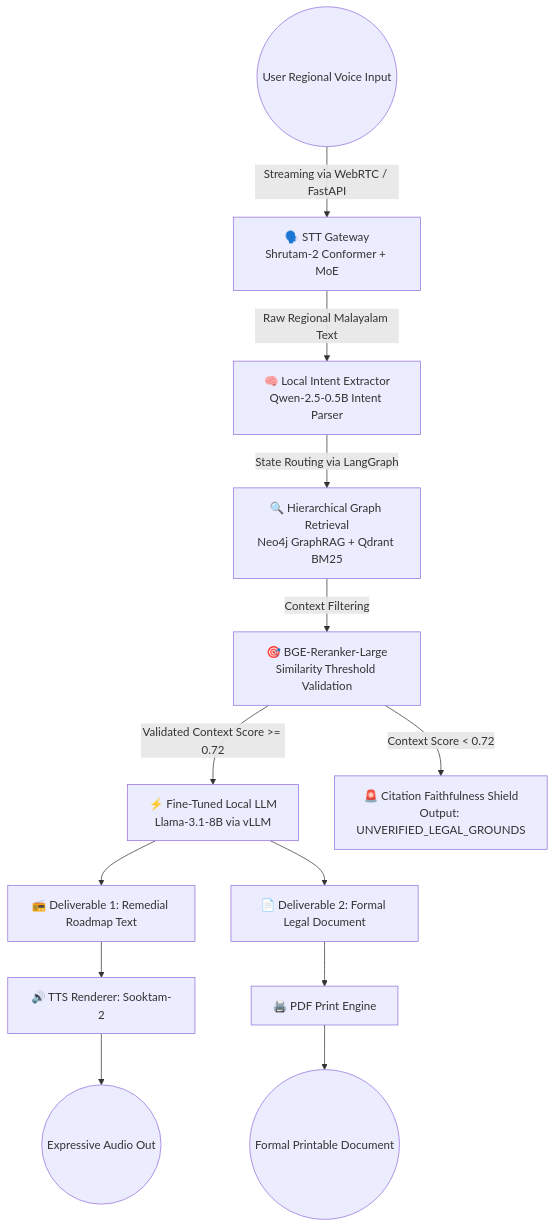
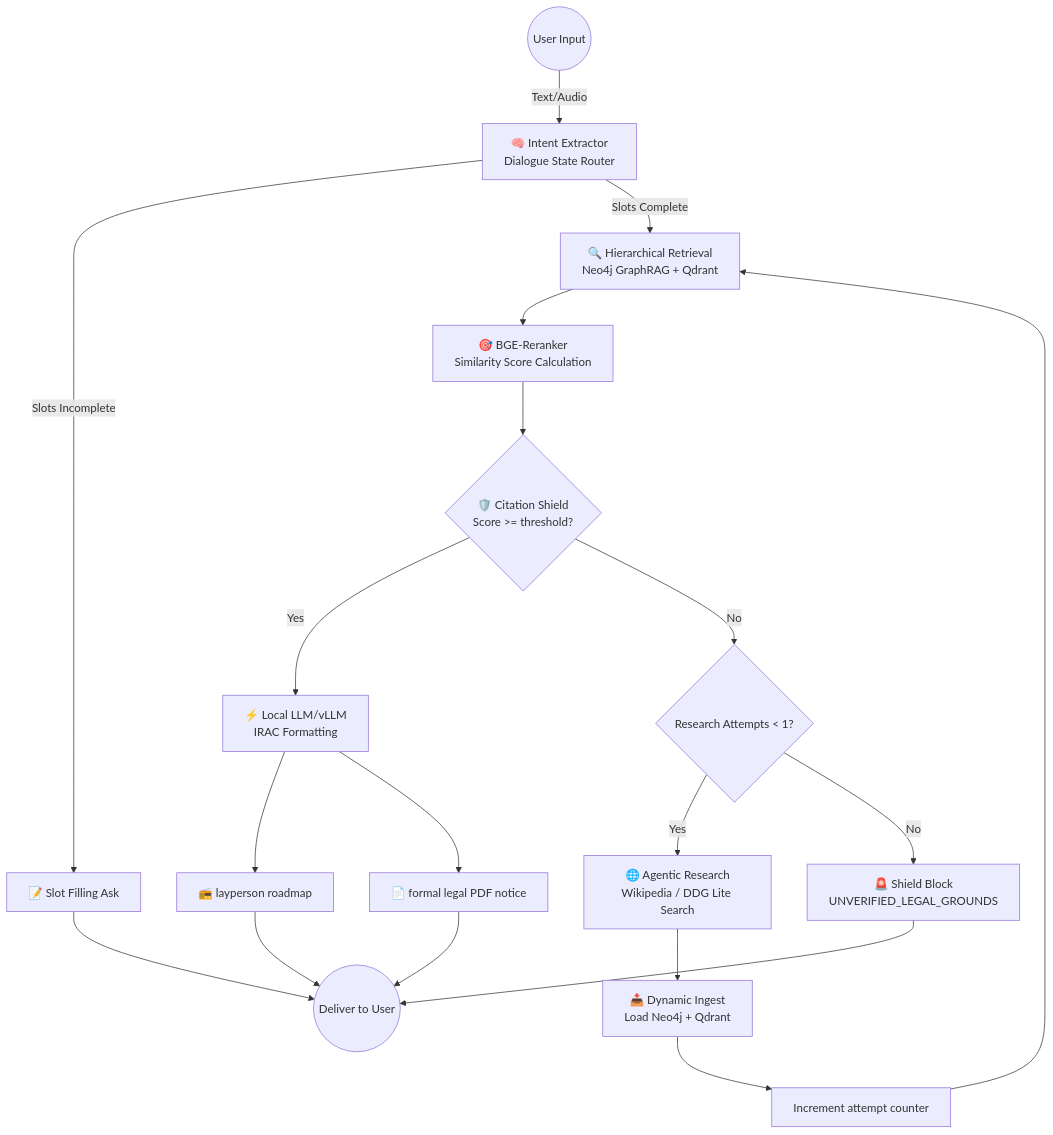
Before and after one commit to vishnup102002/LegalMind: the first of 2 diagrams in README.md, drawn with Mermaid. The commit also changed other lines of this file and 21 other files, not shown here.

Commit message:
Implement Agentic RAG Dynamic Ingestion loop and WhatsApp Chatbot Interface

````diff
--- a/README.md
+++ b/README.md
@@ -28,16 +28,26 @@
 ```mermaid
 graph TD
-    Start((User Regional Voice Input)) -->|Streaming via WebRTC / FastAPI| STTNode[🗣️ STT Gateway\nShrutam-2 Conformer + MoE]
-    STTNode -->|Raw Regional Malayalam Text| IntentNode[🧠 Local Intent Extractor\nQwen-2.5-0.5B Intent Parser]
-    IntentNode -->|State Routing via LangGraph| RetrievalEngine[🔍 Hierarchical Graph Retrieval\nNeo4j GraphRAG + Qdrant BM25]
-    RetrievalEngine -->|Context Filtering| RerankNode[🎯 BGE-Reranker-Large\nSimilarity Threshold Validation]
-    RerankNode -->|Validated Context Score >= 0.72| InferenceNode[⚡ Fine-Tuned Local LLM\nLlama-3.1-8B via vLLM]
-    RerankNode -->|Context Score < 0.72| ShortCircuit[🚨 Citation Faithfulness Shield\nOutput: UNVERIFIED_LEGAL_GROUNDS]
+    Start((User Input)) -->|Text/Audio| IntentNode[🧠 Intent Extractor\nDialogue State Router]
+    IntentNode -->|Slots Incomplete| SlotFilling[📝 Slot Filling Ask]
+    IntentNode -->|Slots Complete| RetrievalEngine[🔍 Hierarchical Retrieval\nNeo4j GraphRAG + Qdrant]
+    RetrievalEngine --> RerankNode[🎯 BGE-Reranker\nSimilarity Score Calculation]
+    RerankNode --> Shield{🛡️ Citation Shield\nScore >= threshold?}
     
-    InferenceNode --> Deliverable1[📻 Deliverable 1: Remedial Roadmap Text]
-    InferenceNode --> Deliverable2[📄 Deliverable 2: Formal Legal Document]
+    Shield -->|Yes| InferenceNode[⚡ Local LLM/vLLM\nIRAC Formatting]
+    Shield -->|No| Attempts{Research Attempts < 1?}
     
-    Deliverable1 --> TTSNode[🔊 TTS Renderer: Sooktam-2] --> AudioOut((Expressive Audio Out))
-    Deliverable2 --> PrintEngine[🖨️ PDF Print Engine] --> DocumentOut((Formal Printable Document))
-
+    Attempts -->|Yes| WebResearch[🌐 Agentic Research\nWikipedia / DDG Lite Search]
+    WebResearch --> DynamicIngest[📥 Dynamic Ingest\nLoad Neo4j + Qdrant]
+    DynamicIngest --> LoopBack[Increment attempt counter]
+    LoopBack --> RetrievalEngine
+    
+    Attempts -->|No| Rejection[🚨 Shield Block\nUNVERIFIED_LEGAL_GROUNDS]
+    
+    InferenceNode --> Deliverable1[📻 layperson roadmap]
+    InferenceNode --> Deliverable2[📄 formal legal PDF notice]
+    
+    Deliverable1 --> End((Deliver to User))
+    Deliverable2 --> End
+    SlotFilling --> End
+    Rejection --> End
 ```
````
